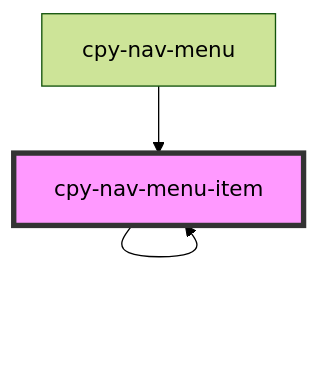
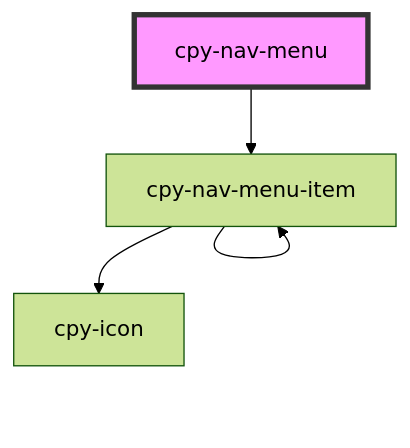
One commit to Lith1um/Canopy-Stencil changed the diagram in stencil-lib/src/components/nav-menu/readme.md. Above: the diagram before and after it, drawn with Mermaid (forest theme). The commit also changed other lines of this file and 34 other files, not shown here.

````diff
--- a/stencil-lib/src/components/nav-menu/readme.md
+++ b/stencil-lib/src/components/nav-menu/readme.md
@@ -28,6 +22,7 @@
 ```mermaid
 graph TD;
+  cpy-nav-menu --> cpy-nav-menu-item
+  cpy-nav-menu-item --> cpy-icon
   cpy-nav-menu-item --> cpy-nav-menu-item
-  cpy-nav-menu --> cpy-nav-menu-item
-  style cpy-nav-menu-item fill:#f9f,stroke:#333,stroke-width:4px
+  style cpy-nav-menu fill:#f9f,stroke:#333,stroke-width:4px
 ```
````
